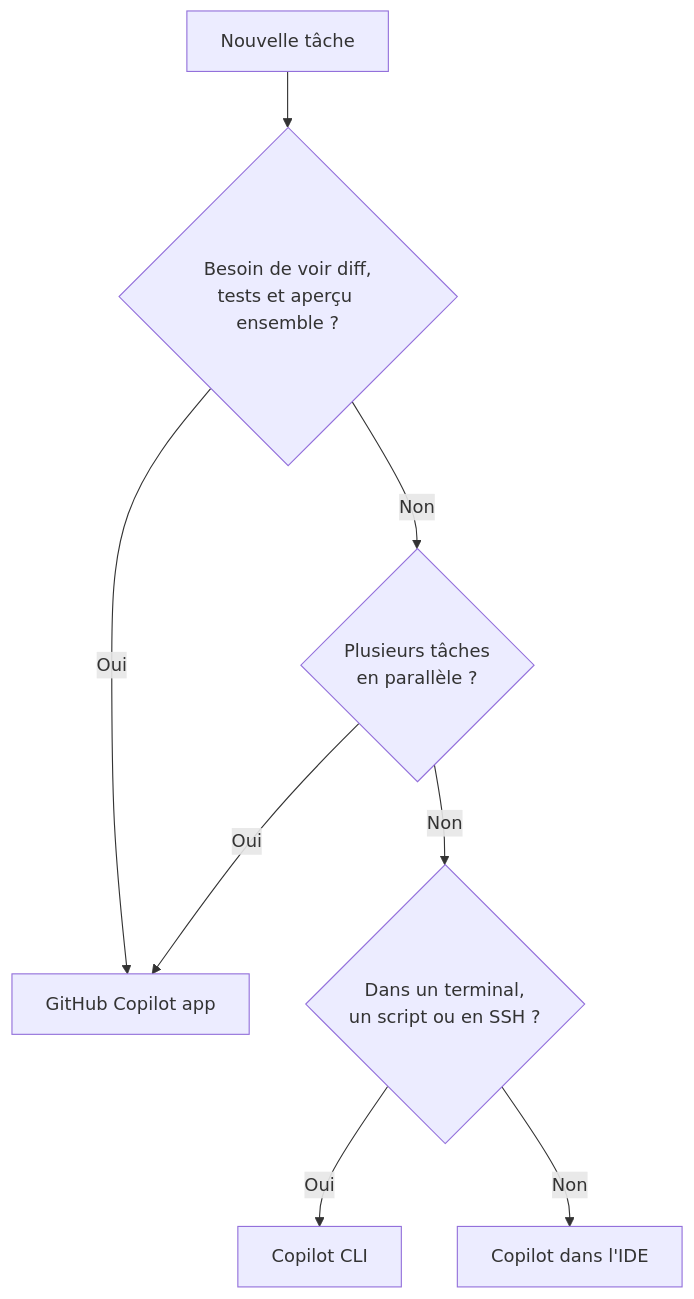
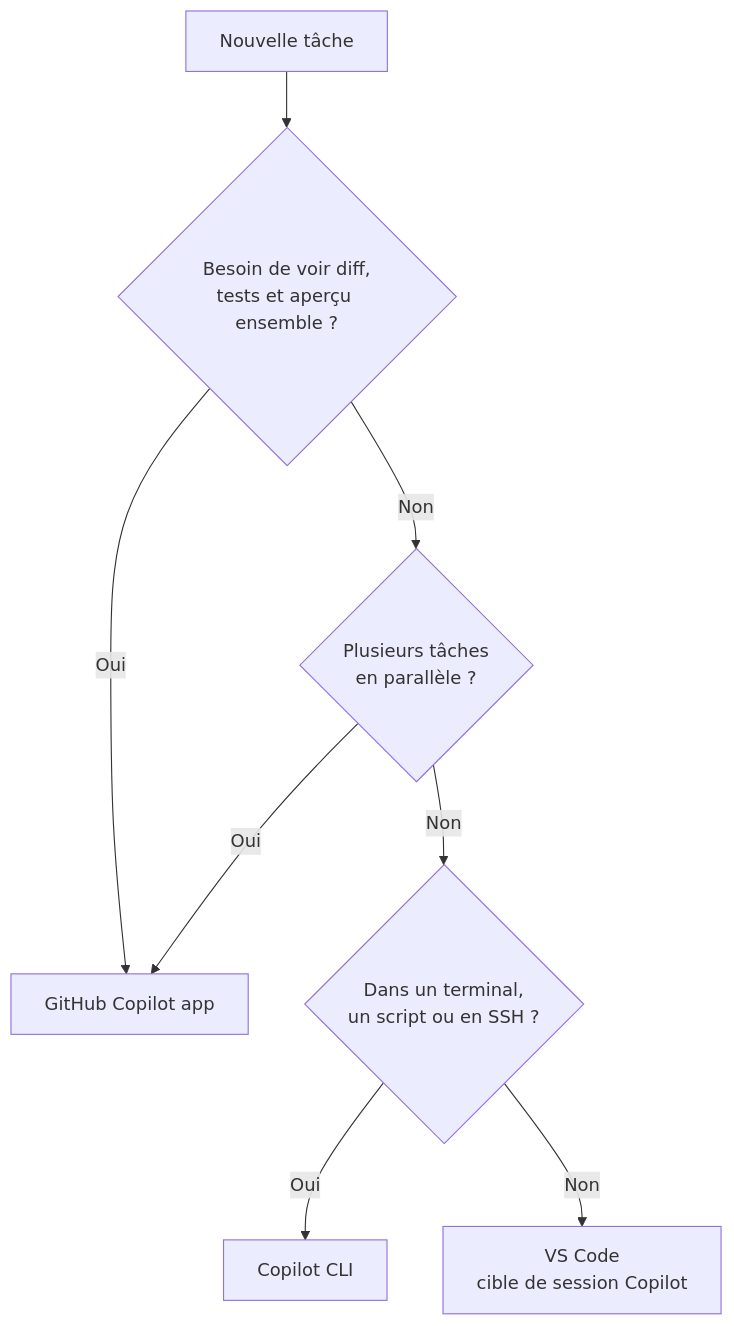
One commit to AxaFrance/learning-path-copilot changed the diagram in docs/04-surfaces-agentiques/420-choisir-sa-surface.md. Above: the diagram before and after it, drawn with Mermaid. The commit also changed other lines of this file and 1 other file, not shown here.

Commit message:
Bloc 04: clarify VS Code Copilot session target (Copilot SDK harness) vs Local

````diff
--- a/docs/04-surfaces-agentiques/420-choisir-sa-surface.md
+++ b/docs/04-surfaces-agentiques/420-choisir-sa-surface.md
@@ -60,10 +92,10 @@
 ```mermaid
 flowchart TD
     A[Nouvelle tâche] --> B{Besoin de voir diff,<br/>tests et aperçu ensemble ?}
     B -- Oui --> APP[GitHub Copilot app]
     B -- Non --> C{Plusieurs tâches<br/>en parallèle ?}
     C -- Oui --> APP
     C -- Non --> D{Dans un terminal,<br/>un script ou en SSH ?}
     D -- Oui --> CLI[Copilot CLI]
-    D -- Non --> IDE[Copilot dans l'IDE]
+    D -- Non --> IDE[VS Code<br/>cible de session Copilot]
 ```
````
